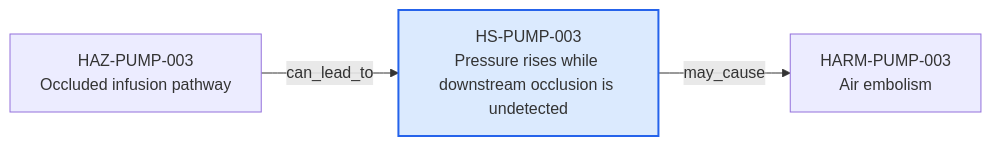
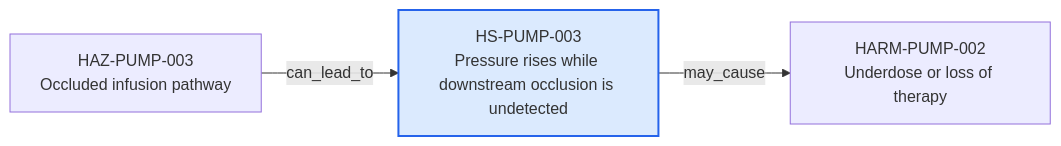
The diagram in content/06-Infpump FlowGuard ontology notes/hazardous-situation/HS-PUMP-003-pressure-rises-while-downstream-occlusion-is-undetected.md (mvattulainen/mdrontology), drawn with Mermaid before and after one commit. The commit also changed other lines of this file and 321 other files, not shown here.

Commit message:
Implement Mermaid ontology audit findings

````diff
--- a/content/06-Infpump FlowGuard ontology notes/hazardous-situation/HS-PUMP-003-pressure-rises-while-downstream-occlusion-is-undetected.md
+++ b/content/06-Infpump FlowGuard ontology notes/hazardous-situation/HS-PUMP-003-pressure-rises-while-downstream-occlusion-is-undetected.md
@@ -69,10 +71,10 @@
 ```mermaid
 flowchart LR
   CURRENT["HS-PUMP-003<br/>Pressure rises while downstream occlusion is undetected"]
   PREV0["HAZ-PUMP-003<br/>Occluded infusion pathway"]
   PREV0 -->|"can_lead_to"| CURRENT
-  NEXT0["HARM-PUMP-003<br/>Air embolism"]
+  NEXT0["HARM-PUMP-002<br/>Underdose or loss of therapy"]
   CURRENT -->|"may_cause"| NEXT0
   classDef current fill:#dbeafe,stroke:#2563eb,stroke-width:2px
   class CURRENT current
 ```
````
